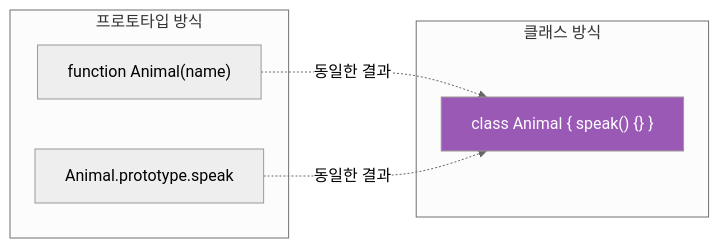
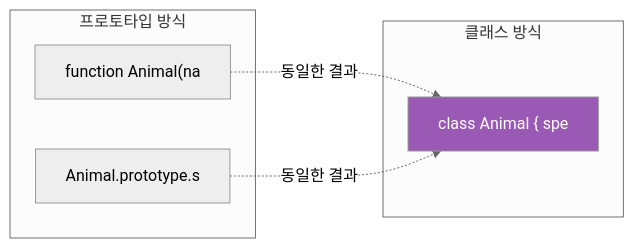
Before and after one commit to yjkim2015/yjkim2015.github.io: the fourth of 6 diagrams in _posts/frontend/2026-05-02-js-prototype.md, drawn with Mermaid (neutral theme). The commit also changed other lines of this file and 271 other files, not shown here.

First line of the commit message:
Mermaid 라벨 축소: 긴 노드 텍스트 18자 이하로 트림 + \n 제거

````diff
--- a/_posts/frontend/2026-05-02-js-prototype.md
+++ b/_posts/frontend/2026-05-02-js-prototype.md
@@ -191,13 +191,13 @@
 ```mermaid
 graph LR
     subgraph "프로토타입 방식"
-        PF["function Animal(name)"]
-        PP["Animal.prototype.speak"]
+        PF["function Animal(na"]
+        PP["Animal.prototype.s"]
     end
     subgraph "클래스 방식"
-        CC["class Animal { speak() {} }"]
+        CC["class Animal { spe"]
     end
     PF -.->|"동일한 결과"| CC
     PP -.->|"동일한 결과"| CC
     style CC fill:#9b59b6,color:#fff
 ```
````
